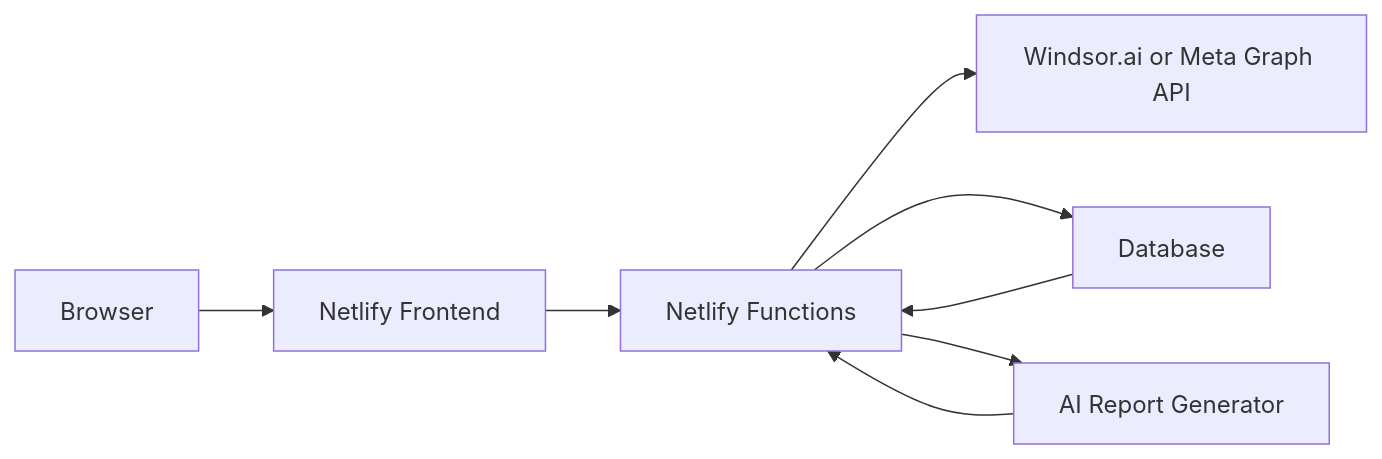
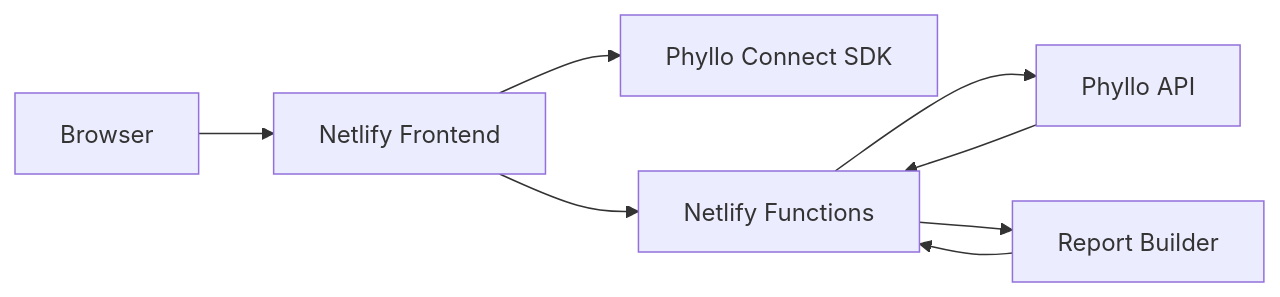
Before and after one commit to kumabuyofficial-dev/kumabuy-ig-insights: the diagram in IMPLEMENTATION_PLAN.md, drawn with Mermaid. The commit also changed other lines of this file and 10 other files, not shown here.

Commit message:
Integrate Phyllo Connect for Instagram reports

````diff
--- a/IMPLEMENTATION_PLAN.md
+++ b/IMPLEMENTATION_PLAN.md
@@ -28,10 +21,10 @@
 ```mermaid
 flowchart LR
   A["Browser"] --> B["Netlify Frontend"]
-  B --> C["Netlify Functions"]
-  C --> D["Windsor.ai or Meta Graph API"]
-  C --> E["Database"]
-  C --> F["AI Report Generator"]
-  E --> C
-  F --> C
+  B --> C["Phyllo Connect SDK"]
+  B --> D["Netlify Functions"]
+  D --> E["Phyllo API"]
+  D --> F["Report Builder"]
+  E --> D
+  F --> D
 ```
````
